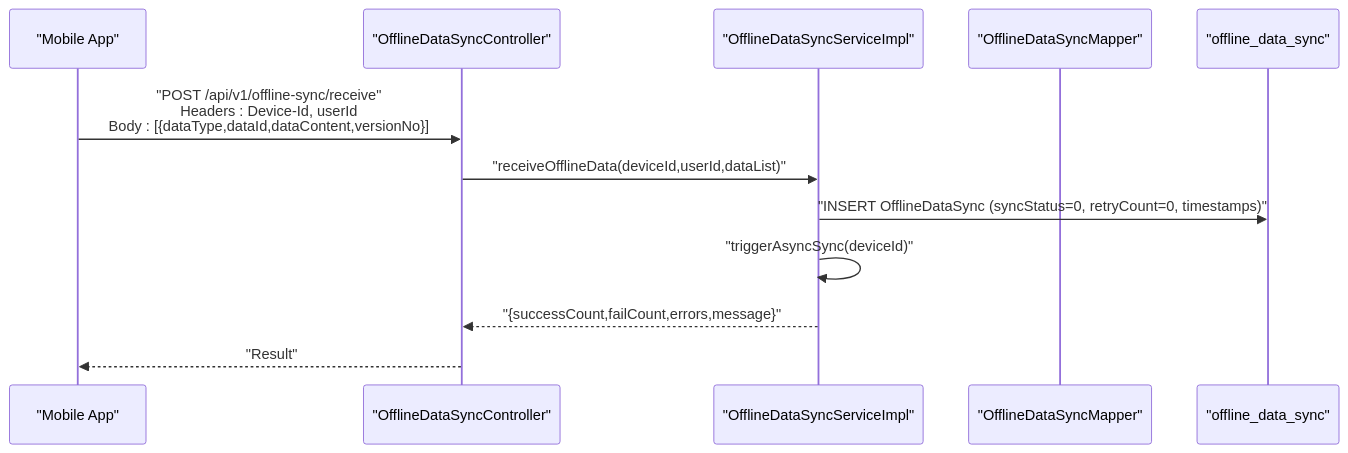
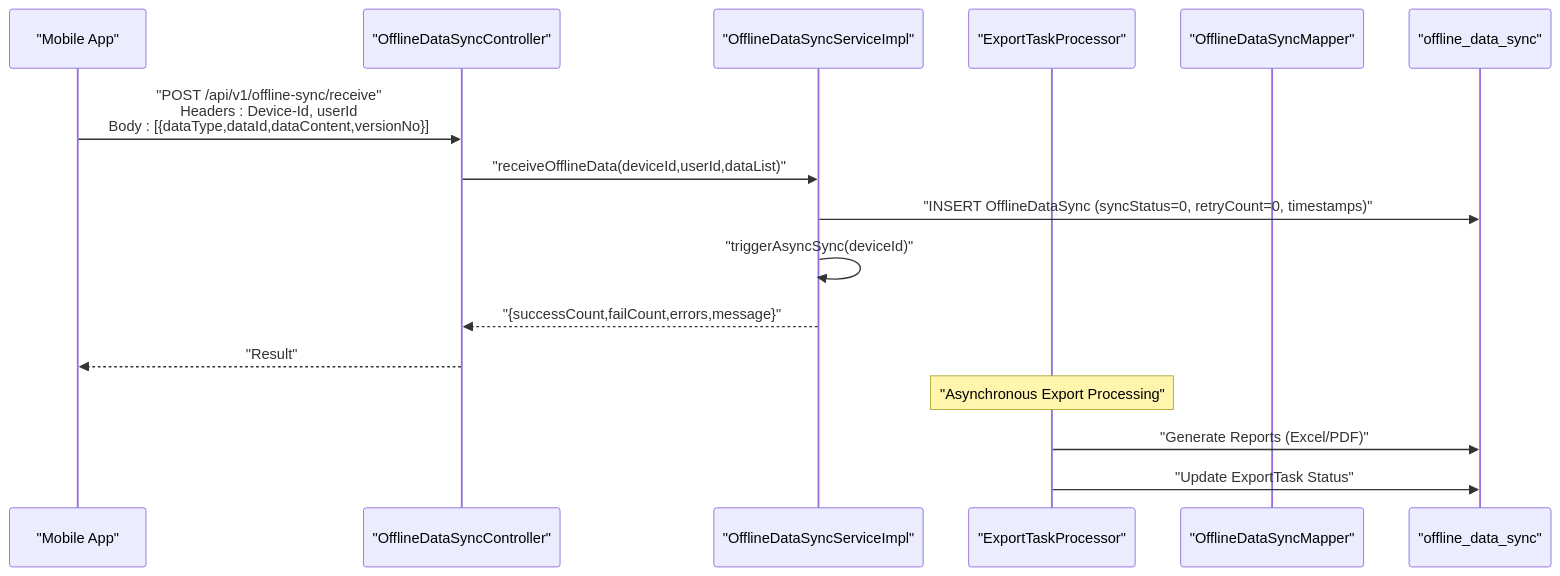
One commit to bo961386926/Survey-App changed the second of 11 diagrams in .qoder/repowiki/en/content/Data Collection & Forms/Offline Data Synchronization.md. Above: the diagram before and after it, drawn with Mermaid. The commit also changed other lines of this file and 25 other files, not shown here.

````diff
--- a/.qoder/repowiki/en/content/Data Collection & Forms/Offline Data Synchronization.md
+++ b/.qoder/repowiki/en/content/Data Collection & Forms/Offline Data Synchronization.md
@@ -123,14 +153,18 @@
 ```mermaid
 sequenceDiagram
 participant Mobile as "Mobile App"
 participant Controller as "OfflineDataSyncController"
 participant Service as "OfflineDataSyncServiceImpl"
+participant Processor as "ExportTaskProcessor"
 participant Mapper as "OfflineDataSyncMapper"
 participant DB as "offline_data_sync"
 Mobile->>Controller : "POST /api/v1/offline-sync/receive"<br/>Headers : Device-Id, userId<br/>Body : [{dataType,dataId,dataContent,versionNo}]
 Controller->>Service : "receiveOfflineData(deviceId,userId,dataList)"
 Service->>DB : "INSERT OfflineDataSync (syncStatus=0, retryCount=0, timestamps)"
 Service->>Service : "triggerAsyncSync(deviceId)"
 Service-->>Controller : "{successCount,failCount,errors,message}"
 Controller-->>Mobile : "Result"
+Note over Processor : "Asynchronous Export Processing"
+Processor->>DB : "Generate Reports (Excel/PDF)"
+Processor->>DB : "Update ExportTask Status"
 ```
````
